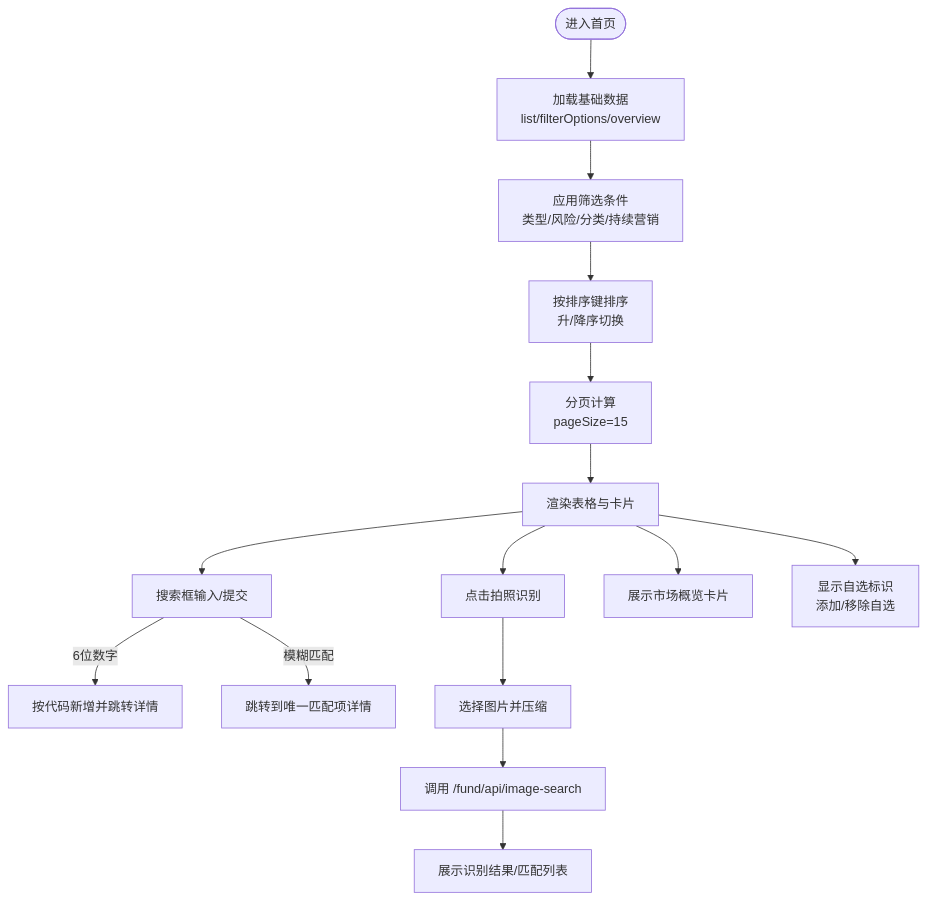
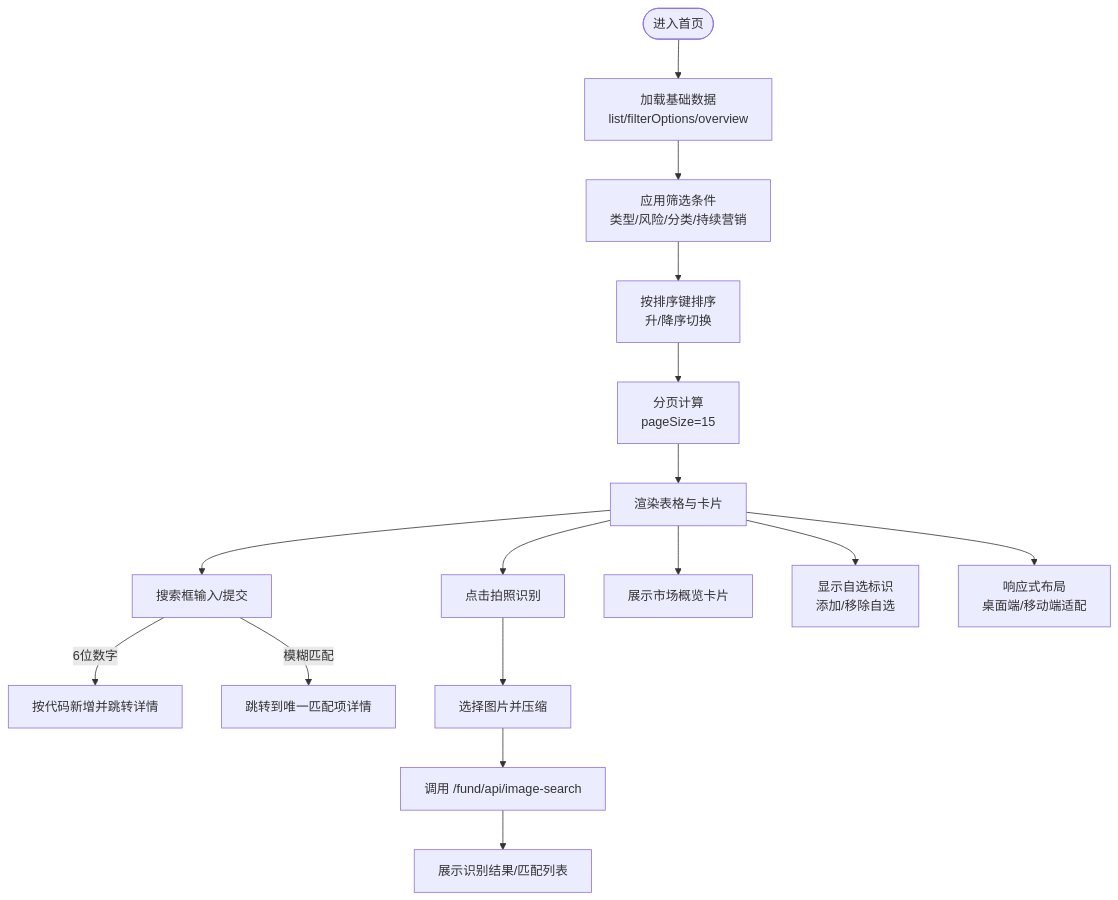
One commit to youkell85/FundTrader changed the third of 8 diagrams in .qoder/repowiki/zh/content/前端应用文档/页面组件系统.md. Above: the diagram before and after it, drawn with Mermaid. The commit also changed other lines of this file and 11 other files, not shown here.

````diff
--- a/.qoder/repowiki/zh/content/前端应用文档/页面组件系统.md
+++ b/.qoder/repowiki/zh/content/前端应用文档/页面组件系统.md
@@ -165,17 +205,18 @@
 ```mermaid
 flowchart TD
 Start(["进入首页"]) --> Load["加载基础数据<br/>list/filterOptions/overview"]
 Load --> Filter["应用筛选条件<br/>类型/风险/分类/持续营销"]
 Filter --> Sort["按排序键排序<br/>升/降序切换"]
 Sort --> Page["分页计算<br/>pageSize=15"]
 Page --> Render["渲染表格与卡片"]
 Render --> Search["搜索框输入/提交"]
 Search --> |6位数字| AddCode["按代码新增并跳转详情"]
 Search --> |模糊匹配| Detail["跳转到唯一匹配项详情"]
 Render --> ImageSel["点击拍照识别"]
 ImageSel --> Upload["选择图片并压缩"]
 Upload --> CallAPI["调用 /fund/api/image-search"]
 CallAPI --> Result["展示识别结果/匹配列表"]
 Render --> Market["展示市场概览卡片"]
 Render --> Watchlist["显示自选标识<br/>添加/移除自选"]
+Render --> Mobile["响应式布局<br/>桌面端/移动端适配"]
 ```
````
